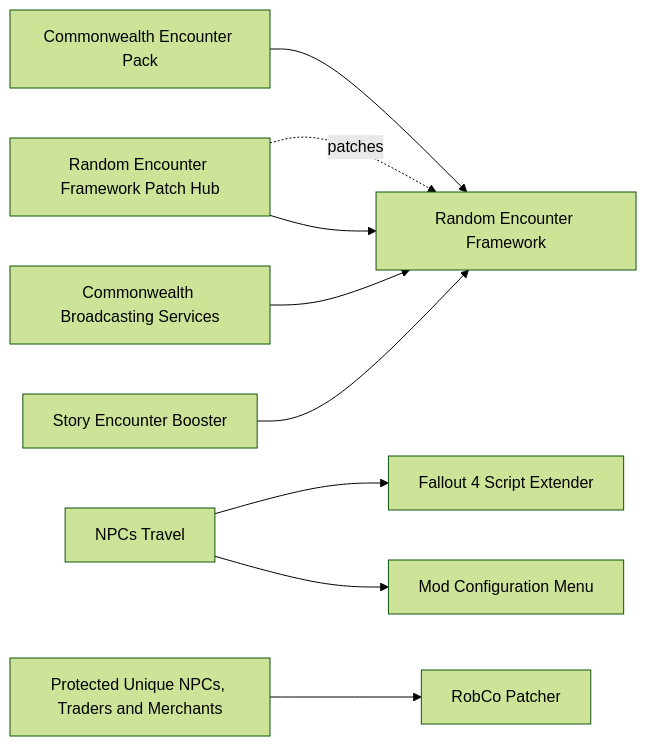
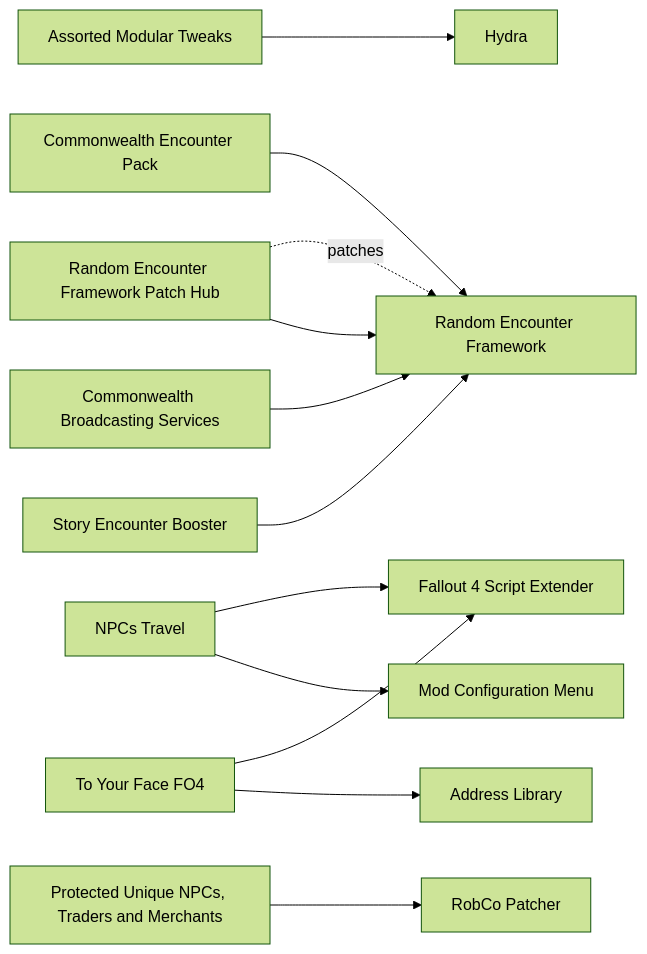
Before and after one commit to MorganKryze/fallout4-macos-modding: the diagram in docs/catalog/immersion.md, drawn with Mermaid (forest theme). The commit also changed other lines of this file and 14 other files, not shown here.

````diff
--- a/docs/catalog/immersion.md
+++ b/docs/catalog/immersion.md
@@ -109,21 +114,28 @@
 ```mermaid
 graph LR
+  address_library["Address Library"]
+  assorted_modular_tweaks["Assorted Modular Tweaks"]
   commonwealth_broadcasting_services["Commonwealth Broadcasting Services"]
   commonwealth_encounter_pack["Commonwealth Encounter Pack"]
   f4se["Fallout 4 Script Extender"]
+  hydra["Hydra"]
   mcm["Mod Configuration Menu"]
   npcs_travel["NPCs Travel"]
   protected_unique_npcs["Protected Unique NPCs, Traders and Merchants"]
   random_encounter_framework["Random Encounter Framework"]
   ref_patch_hub["Random Encounter Framework Patch Hub"]
   robco_patcher["RobCo Patcher"]
   story_encounter_booster["Story Encounter Booster"]
+  to_your_face["To Your Face FO4"]
   commonwealth_encounter_pack --> random_encounter_framework
   npcs_travel --> f4se
   npcs_travel --> mcm
   ref_patch_hub -. patches .-> random_encounter_framework
   ref_patch_hub --> random_encounter_framework
+  to_your_face --> f4se
+  to_your_face --> address_library
+  assorted_modular_tweaks --> hydra
   commonwealth_broadcasting_services --> random_encounter_framework
   protected_unique_npcs --> robco_patcher
   story_encounter_booster --> random_encounter_framework
 ```
````
